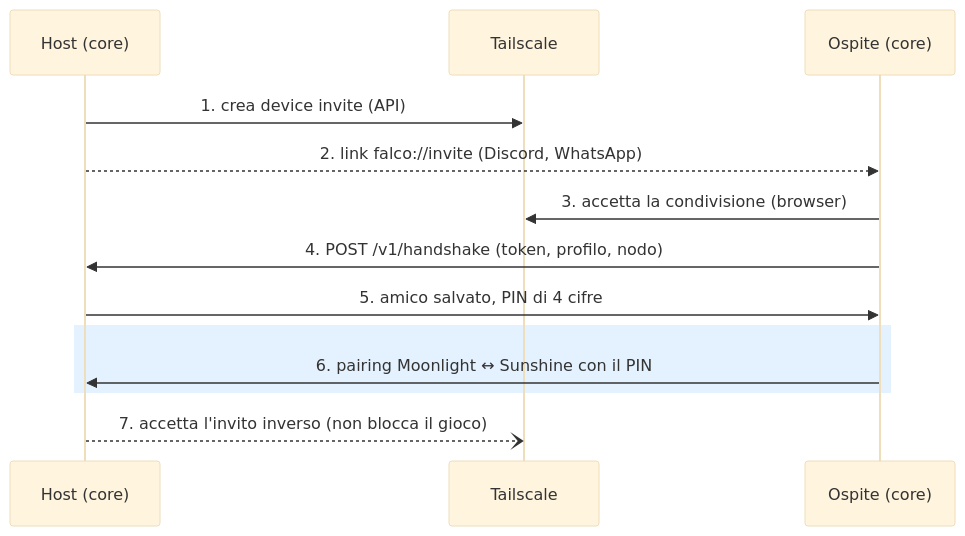
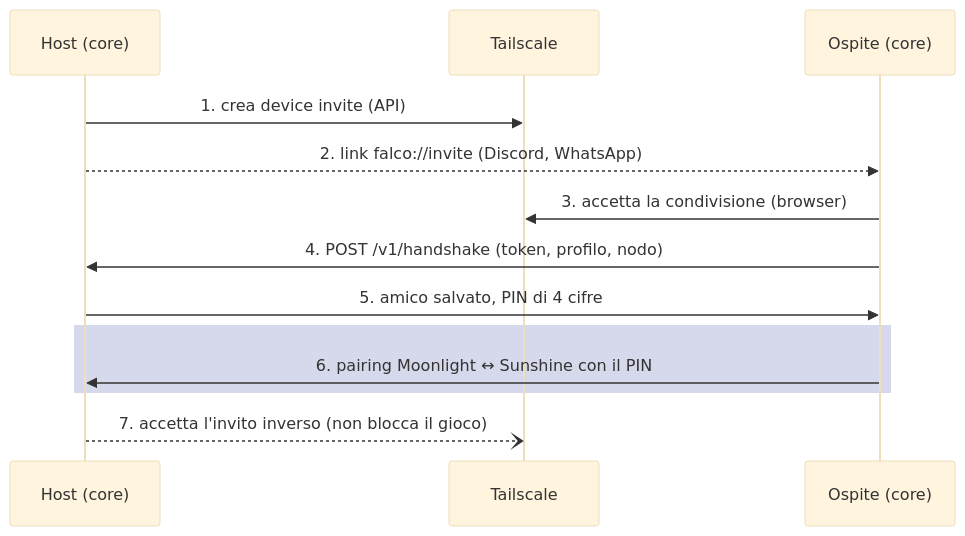
Before and after one commit to rkarmaaa/falco: the second of 3 diagrams in docs/falco-spec.md, drawn with Mermaid (base theme). The commit also changed other lines of this file and 42 other files, not shown here.

````diff
--- a/docs/falco-spec.md
+++ b/docs/falco-spec.md
@@ -308,15 +308,15 @@
 ```mermaid
 sequenceDiagram
   participant H as Host (core)
   participant T as Tailscale
   participant O as Ospite (core)
   H->>T: 1. crea device invite (API)
   H-->>O: 2. link falco://invite (Discord, WhatsApp)
   O->>T: 3. accetta la condivisione (browser)
   O->>H: 4. POST /v1/handshake (token, profilo, nodo)
   H->>O: 5. amico salvato, PIN di 4 cifre
-  rect rgba(76,166,255,.15)
+  rect rgba(50,64,154,.2)
   O->>H: 6. pairing Moonlight ↔ Sunshine con il PIN
   end
   H--)T: 7. accetta l'invito inverso (non blocca il gioco)
 ```
````
